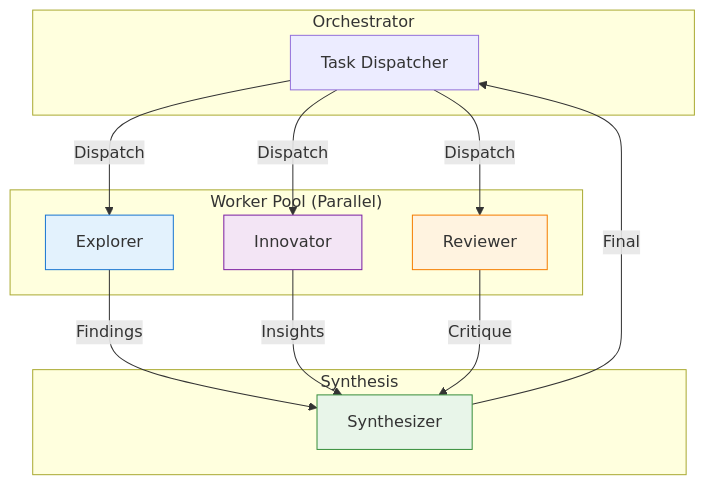
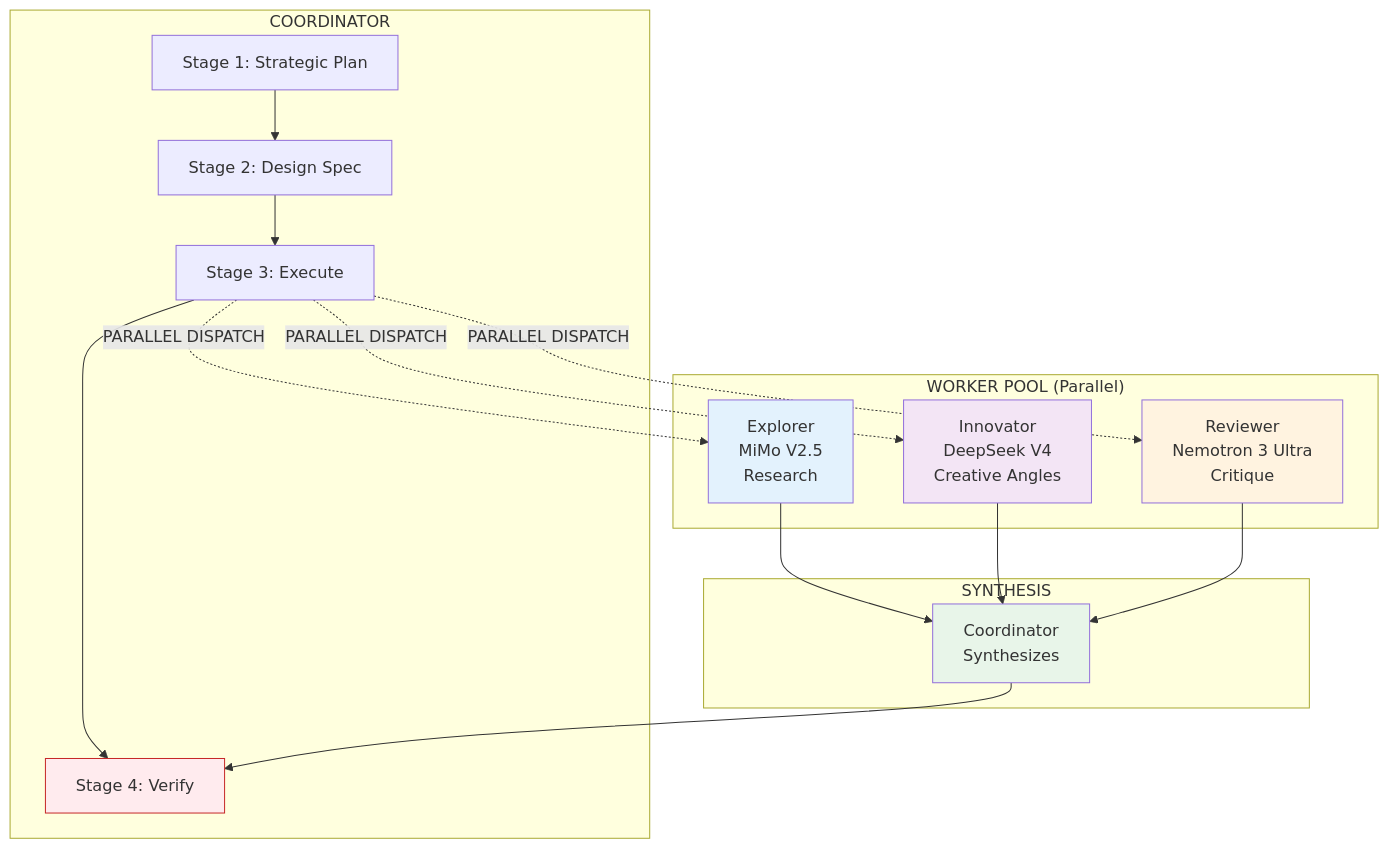
One commit to MohamedNamper333/swarm-agent changed the first of 3 diagrams in SWARM-TEST-002-MEDIUM.md. Above: the diagram before and after it, drawn with Mermaid. The commit also changed other lines of this file and 16 other files, not shown here.

````diff
--- a/SWARM-TEST-002-MEDIUM.md
+++ b/SWARM-TEST-002-MEDIUM.md
@@ -46,29 +61,34 @@
 ```mermaid
 graph TB
-    subgraph "Orchestrator"
-        O[Task Dispatcher]
+    subgraph "COORDINATOR"
+        C1[Stage 1: Strategic Plan]
+        C2[Stage 2: Design Spec]
+        C3[Stage 3: Execute]
+        C4[Stage 4: Verify]
     end
     
-    subgraph "Worker Pool (Parallel)"
-        E[Explorer]
-        I[Innovator]
-        R[Reviewer]
+    subgraph "WORKER POOL (Parallel)"
+        E[Explorer<br/>MiMo V2.5<br/>Research]
+        I[Innovator<br/>DeepSeek V4<br/>Creative Angles]
+        R[Reviewer<br/>Nemotron 3 Ultra<br/>Critique]
     end
     
-    subgraph "Synthesis"
-        S[Synthesizer]
+    subgraph "SYNTHESIS"
+        S[Coordinator<br/>Synthesizes]
     end
     
-    O -->|Dispatch| E
-    O -->|Dispatch| I
-    O -->|Dispatch| R
-    E -->|Findings| S
-    I -->|Insights| S
-    R -->|Critique| S
-    S -->|Final| O
+    C1 --> C2 --> C3 --> C4
+    C3 -.->|PARALLEL DISPATCH| E
+    C3 -.->|PARALLEL DISPATCH| I
+    C3 -.->|PARALLEL DISPATCH| R
+    E --> S
+    I --> S
+    R --> S
+    S --> C4
     
-    style E fill:#e3f2fd,stroke:#1976d2
-    style I fill:#f3e5f5,stroke:#7b1fa2
-    style R fill:#fff3e0,stroke:#f57c00
-    style S fill:#e8f5e9,stroke:#388e3c
+    style E fill:#e3f2fd
+    style I fill:#f3e5f5
+    style R fill:#fff3e0
+    style S fill:#e8f5e9
+    style C4 fill:#ffebee,stroke:#c62828
 ```
````
